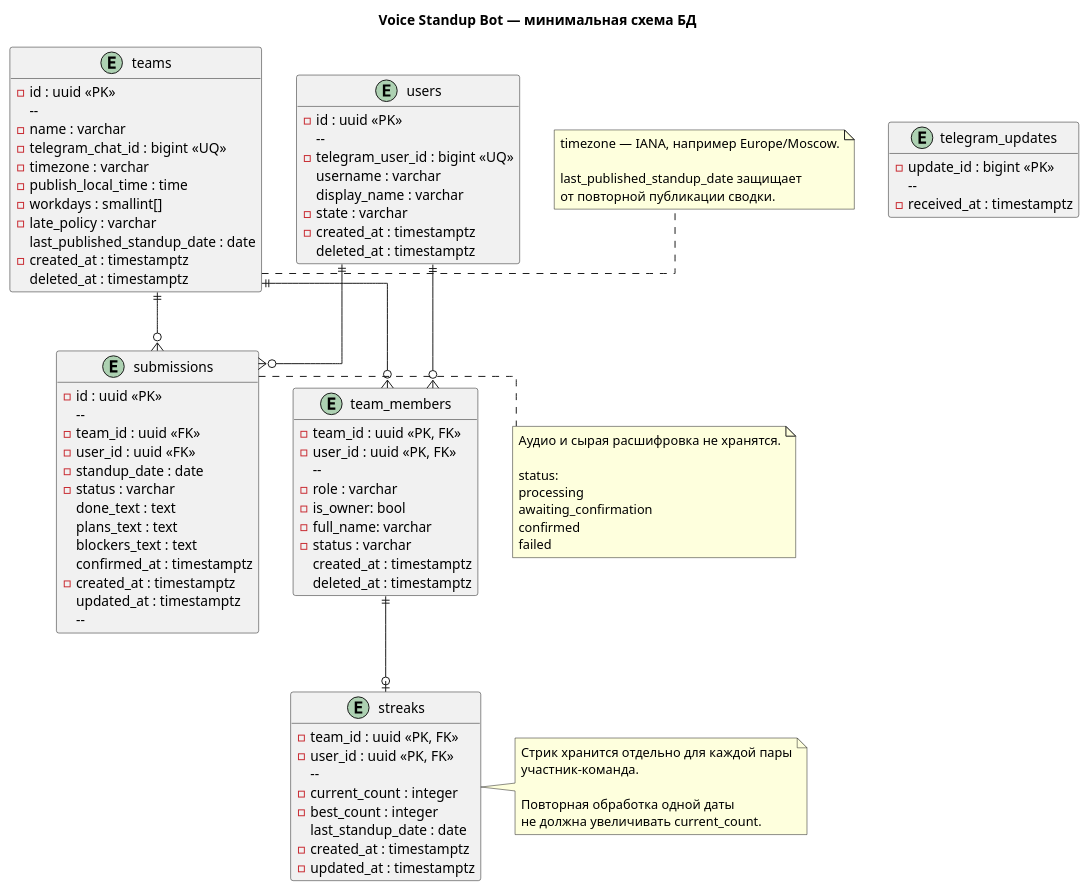
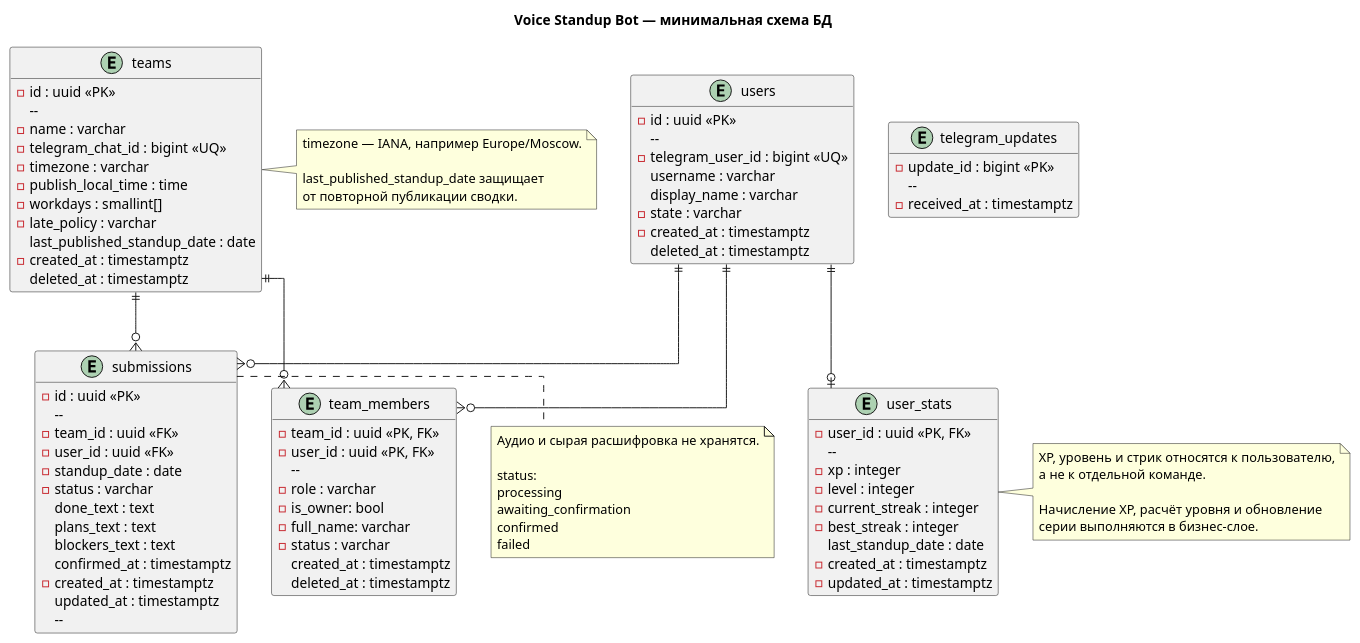
The diagram in docs/database-schema.puml (Newo123/VoiceStandup.ai), drawn with PlantUML before and after one commit. The commit also changed 10 other files, not shown here.

Commit message:
переделал геймификацию на user_stats

```diff
--- a/docs/database-schema.puml
+++ b/docs/database-schema.puml
@@ -1,110 +1,111 @@
 @startuml
 title Voice Standup Bot — минимальная схема БД
 
 hide methods
 hide stereotypes
 skinparam linetype ortho
 
 entity users {
 - id : uuid <<PK>>
   --
 - telegram_user_id : bigint <<UQ>>
   username : varchar
   display_name : varchar
 - state : varchar
 - created_at : timestamptz
   deleted_at : timestamptz
 }
 
 entity teams {
 - id : uuid <<PK>>
   --
 - name : varchar
 - telegram_chat_id : bigint <<UQ>>
 - timezone : varchar
 - publish_local_time : time
 - workdays : smallint[]
 - late_policy : varchar
   last_published_standup_date : date
 - created_at : timestamptz
   deleted_at : timestamptz
 }
 
 entity team_members {
 - team_id : uuid <<PK, FK>>
 - user_id : uuid <<PK, FK>>
   --
 - role : varchar
 - is_owner: bool
 - full_name: varchar
 - status : varchar
   created_at : timestamptz
   deleted_at : timestamptz
 }
 
 entity telegram_updates {
 - update_id : bigint <<PK>>
   --
 - received_at : timestamptz
 }
 
 entity submissions {
 - id : uuid <<PK>>
   --
 - team_id : uuid <<FK>>
 - user_id : uuid <<FK>>
 - standup_date : date
 - status : varchar
   done_text : text
   plans_text : text
   blockers_text : text
   confirmed_at : timestamptz
 - created_at : timestamptz
   updated_at : timestamptz
   --
   UQ(team_id, user_id, standup_date)
 }
 
-entity streaks {
-- team_id : uuid <<PK, FK>>
+entity user_stats {
 - user_id : uuid <<PK, FK>>
   --
-- current_count : integer
-- best_count : integer
+- xp : integer
+- level : integer
+- current_streak : integer
+- best_streak : integer
   last_standup_date : date
 - created_at : timestamptz
 - updated_at : timestamptz
 }
 
 users ||--o{ team_members
 teams ||--o{ team_members
 users ||--o{ submissions
 teams ||--o{ submissions
-team_members ||--o| streaks
+users ||--o| user_stats
 
 note right of teams
   timezone — IANA, например Europe/Moscow.
 
   last_published_standup_date защищает
   от повторной публикации сводки.
 end note
 
 note right of submissions
   Аудио и сырая расшифровка не хранятся.
 
   status:
   processing
   awaiting_confirmation
   confirmed
   failed
 end note
 
-note right of streaks
-  Стрик хранится отдельно для каждой пары
-  участник-команда.
+note right of user_stats
+  XP, уровень и стрик относятся к пользователю,
+  а не к отдельной команде.
 
-  Повторная обработка одной даты
-  не должна увеличивать current_count.
+  Начисление XP, расчёт уровня и обновление
+  серии выполняются в бизнес-слое.
 end note
 
 @enduml
```
